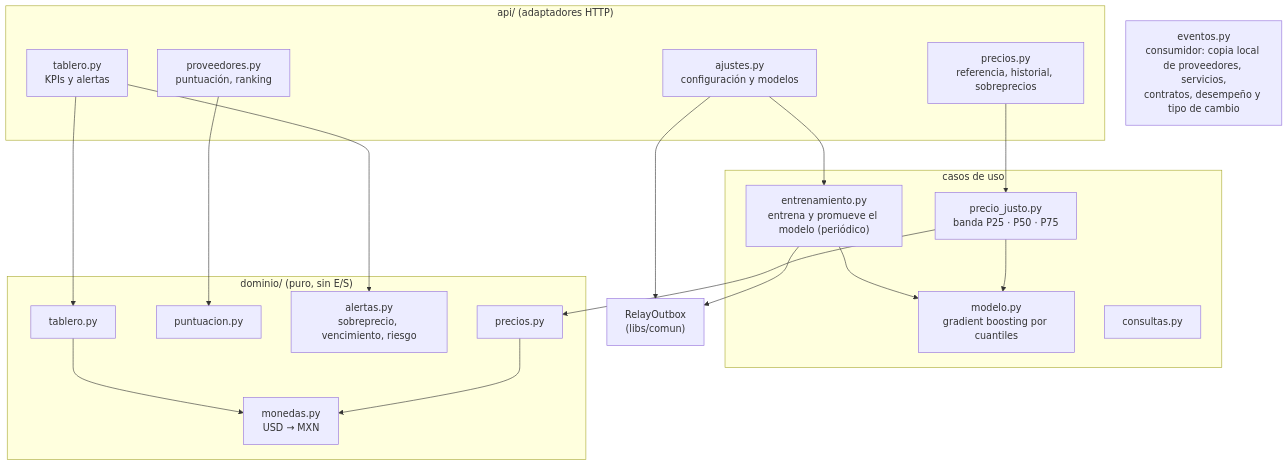
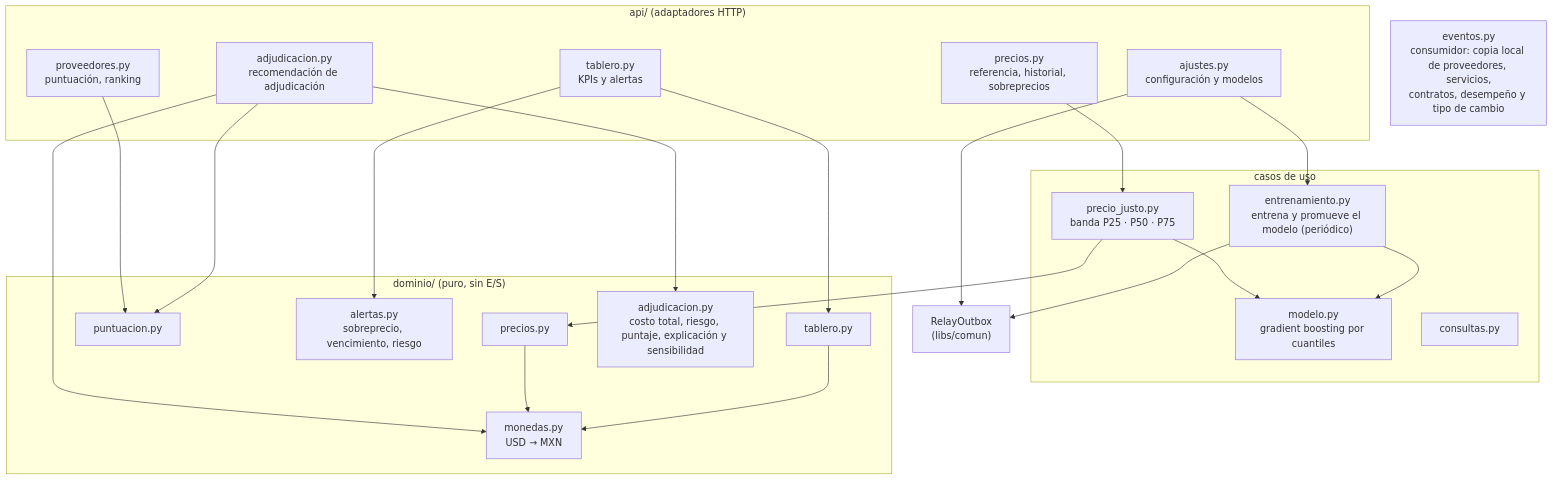
Before and after one commit to sibashdb/G19X-ITH-SDB-360-ACADEMIC: the fourth of 4 diagrams in docs/arquitectura/c4.md, drawn with Mermaid. The commit also changed other lines of this file and 11 other files, not shown here.

````diff
--- a/docs/arquitectura/c4.md
+++ b/docs/arquitectura/c4.md
@@ -141,35 +149,38 @@
 ```mermaid
 flowchart TB
   subgraph api["api/ (adaptadores HTTP)"]
     rpre["precios.py<br/>referencia, historial, sobreprecios"]
     rpro["proveedores.py<br/>puntuación, ranking"]
     rtab["tablero.py<br/>KPIs y alertas"]
     raj["ajustes.py<br/>configuración y modelos"]
+    radj["adjudicacion.py<br/>recomendación de adjudicación"]
   end
 
   subgraph aplicacion["casos de uso"]
     pj["precio_justo.py<br/>banda P25 · P50 · P75"]
     ent["entrenamiento.py<br/>entrena y promueve el modelo (periódico)"]
     mod["modelo.py<br/>gradient boosting por cuantiles"]
     cons["consultas.py"]
   end
 
   subgraph dominio["dominio/ (puro, sin E/S)"]
     dpre["precios.py"]
     dpun["puntuacion.py"]
     dale["alertas.py<br/>sobreprecio, vencimiento, riesgo"]
     dtab["tablero.py"]
     dmon["monedas.py<br/>USD → MXN"]
+    dadj["adjudicacion.py<br/>costo total, riesgo, puntaje, explicación y sensibilidad"]
   end
 
   ev["eventos.py<br/>consumidor: copia local de proveedores, servicios,<br/>contratos, desempeño y tipo de cambio"]
   relay["RelayOutbox<br/>(libs/comun)"]
 
   rpre --> pj --> dpre & mod
   rpro --> dpun
   rtab --> dtab & dale
+  radj --> dadj & dpun & dmon
   raj --> ent
   ent --> mod
   dpre & dtab --> dmon
   raj & ent --> relay
 ```
````
